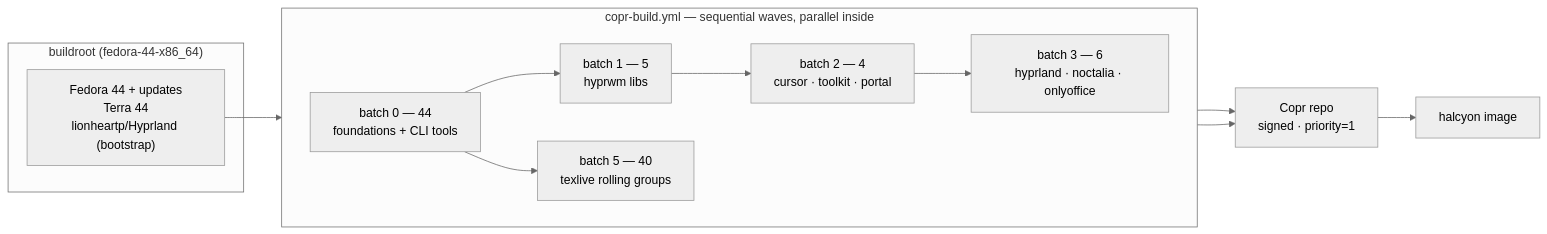
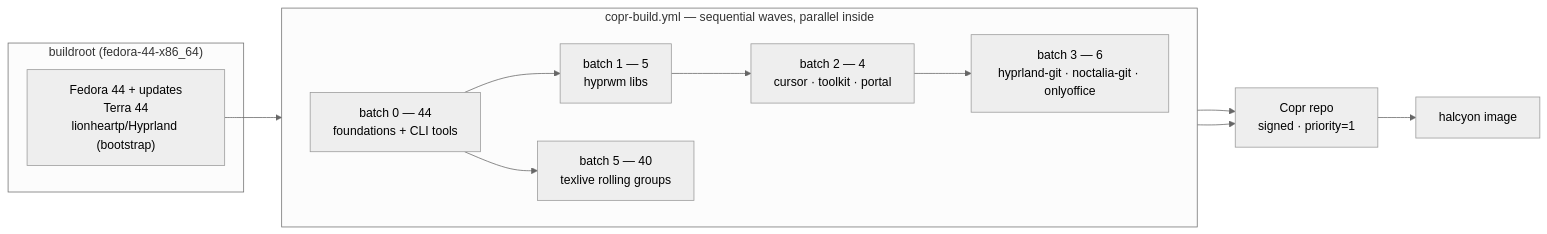
One commit to aahsnr-work/halcyon-packages changed the first of 2 diagrams in README.md. Above: the diagram before and after it, drawn with Mermaid (neutral theme). The commit also changed other lines of this file and 7 other files, not shown here.

Commit message:
feat: add hyprland-git and noctalia-git support with CI and docs updates

````diff
--- a/README.md
+++ b/README.md
@@ -46,20 +46,20 @@
 ```mermaid
 flowchart LR
     subgraph buildroot["buildroot (fedora-44-x86_64)"]
         EXT["Fedora 44 + updates<br/>Terra 44<br/>lionheartp/Hyprland (bootstrap)"]
     end
     subgraph waves["copr-build.yml — sequential waves, parallel inside"]
         direction LR
         B0["batch 0 — 44<br/>foundations + CLI tools"]
         B1["batch 1 — 5<br/>hyprwm libs"]
         B2["batch 2 — 4<br/>cursor · toolkit · portal"]
-        B3["batch 3 — 6<br/>hyprland · noctalia · onlyoffice"]
+        B3["batch 3 — 6<br/>hyprland-git · noctalia-git · onlyoffice"]
         B5["batch 5 — 40<br/>texlive rolling groups"]
     end
     EXT --> B0
     B0 --> B1 --> B2 --> B3
     B0 --> B5
     B3 --> REPO["Copr repo<br/>signed · priority=1"]
     B5 --> REPO
     REPO --> IMG["halcyon image"]
 ```
````
